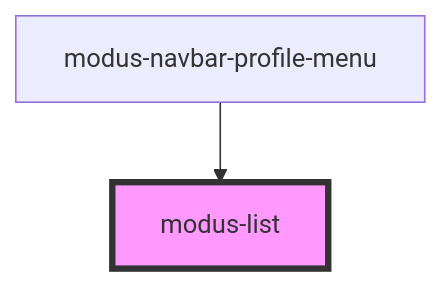
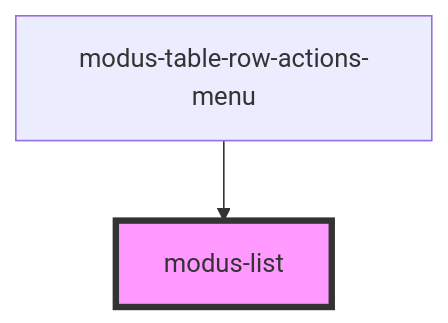
Before and after one commit to trimble-oss/modus-web-components: the diagram in stencil-workspace/src/components/modus-list/readme.md, drawn with Mermaid. The commit also changed other lines of this file and 49 other files, not shown here.

First line of the commit message:
Modus Table - Add row actions (#1857)

````diff
--- a/stencil-workspace/src/components/modus-list/readme.md
+++ b/stencil-workspace/src/components/modus-list/readme.md
@@ -22,5 +22,5 @@
 ```mermaid
 graph TD;
-  modus-navbar-profile-menu --> modus-list
+  modus-table-row-actions-menu --> modus-list
   style modus-list fill:#f9f,stroke:#333,stroke-width:4px
 ```
````
